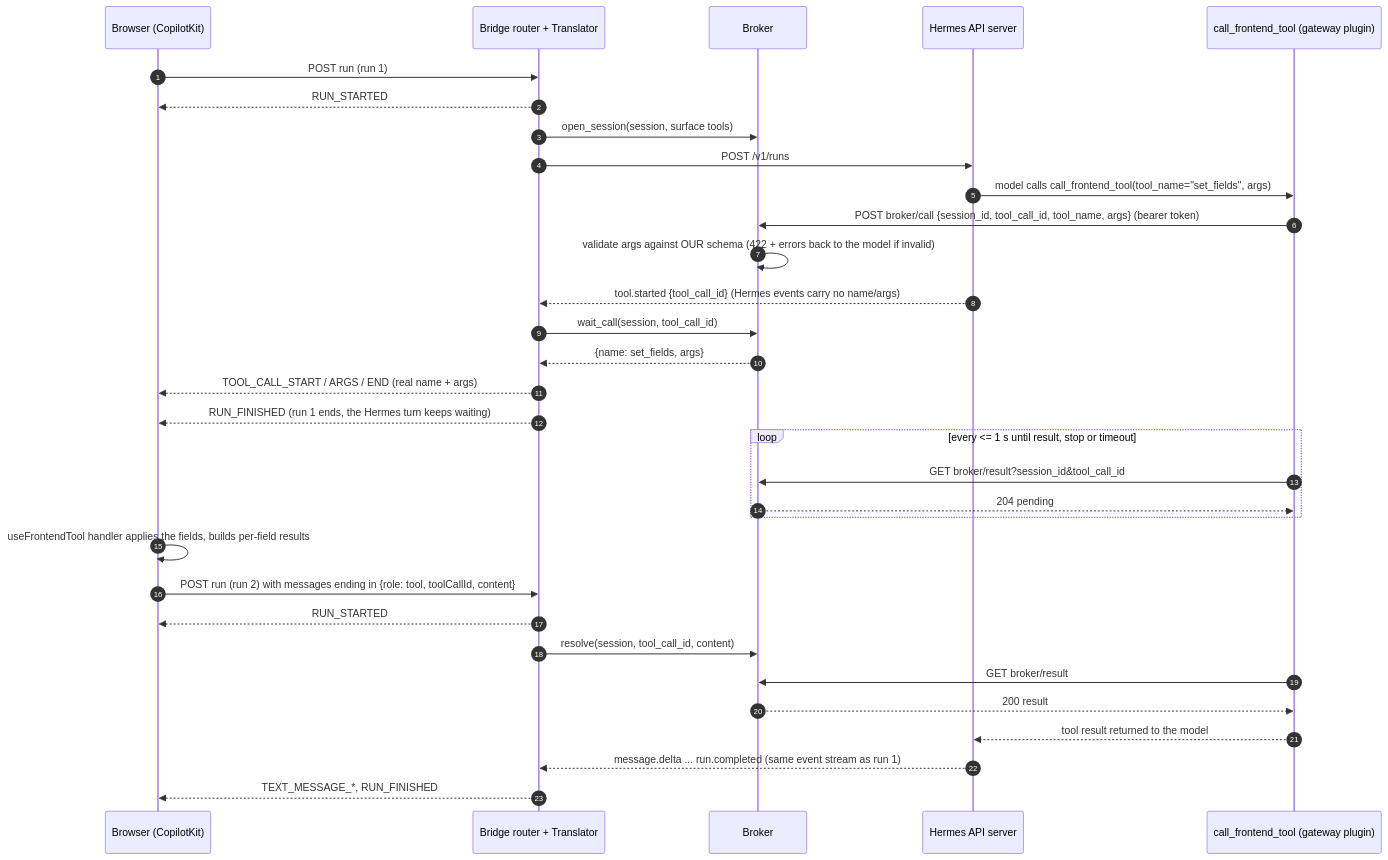
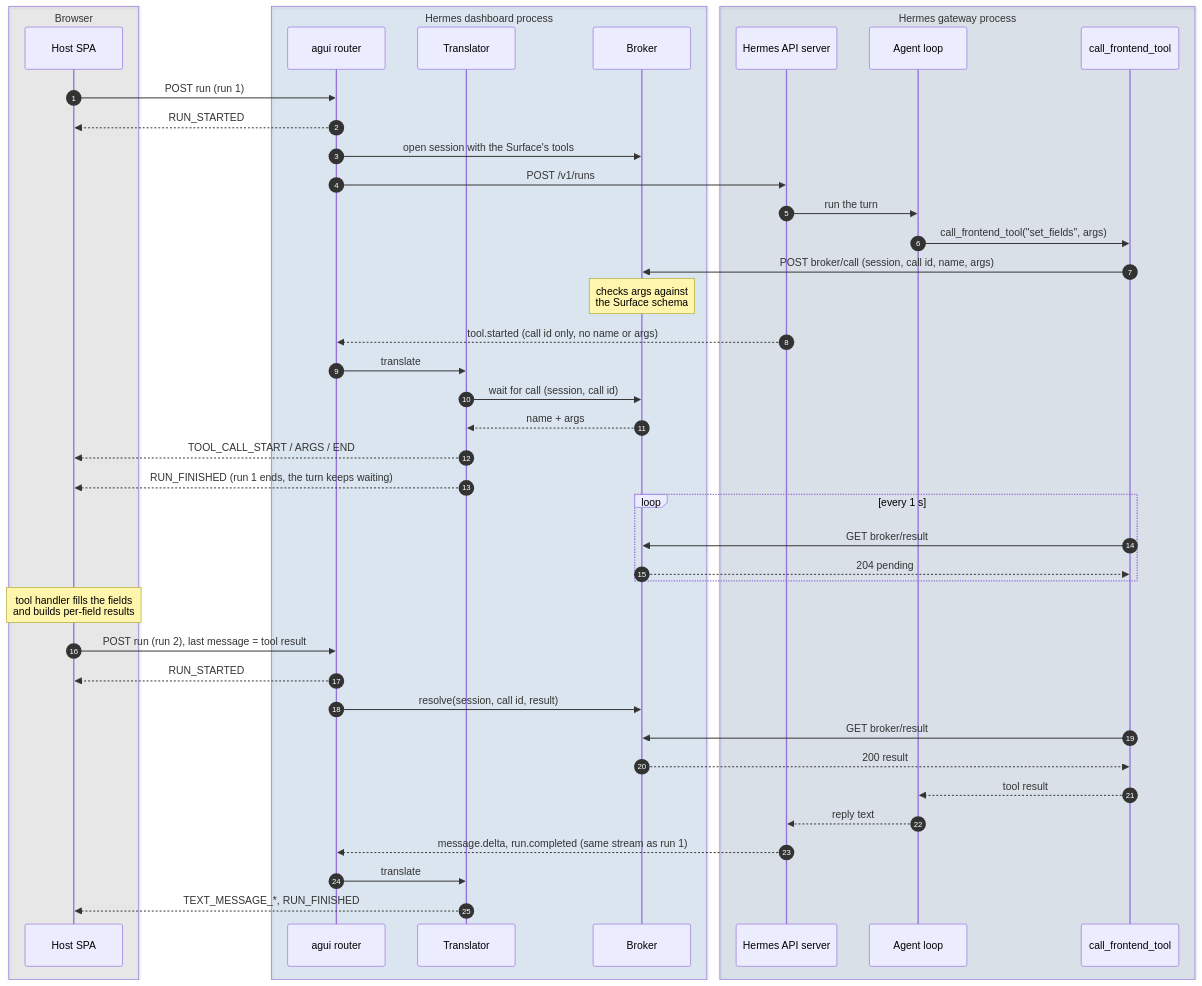
One commit to ejlevin1/hermes-agui changed the fifth of 9 diagrams in ARCHITECTURE.md. Above: the diagram before and after it, drawn with Mermaid. The commit also changed other lines of this file, not shown here.

Commit message:
docs: readable architecture diagrams (C4 as flowcharts with runtime kinds, consistent names, process boxes in sequences)

````diff
--- a/ARCHITECTURE.md
+++ b/ARCHITECTURE.md
@@ -152,35 +199,47 @@
 ```mermaid
 sequenceDiagram
   autonumber
-  participant B as Browser (CopilotKit)
-  participant R as Bridge router + Translator
-  participant K as Broker
-  participant H as Hermes API server
-  participant P as call_frontend_tool (gateway plugin)
+  box rgba(120,120,120,0.12) Browser
+    participant SPA as Host SPA
+  end
+  box rgba(17,104,189,0.12) Hermes dashboard process
+    participant RT as agui router
+    participant TR as Translator
+    participant BR as Broker
+  end
+  box rgba(8,66,123,0.12) Hermes gateway process
+    participant API as Hermes API server
+    participant AG as Agent loop
+    participant FT as call_frontend_tool
+  end
 
-  B->>R: POST run (run 1)
-  R-->>B: RUN_STARTED
-  R->>K: open_session(session, surface tools)
-  R->>H: POST /v1/runs
-  H->>P: model calls call_frontend_tool(tool_name="set_fields", args)
-  P->>K: POST broker/call {session_id, tool_call_id, tool_name, args} (bearer token)
-  K->>K: validate args against OUR schema (422 + errors back to the model if invalid)
-  H-->>R: tool.started {tool_call_id} (Hermes events carry no name/args)
-  R->>K: wait_call(session, tool_call_id)
-  K-->>R: {name: set_fields, args}
-  R-->>B: TOOL_CALL_START / ARGS / END (real name + args)
-  R-->>B: RUN_FINISHED (run 1 ends, the Hermes turn keeps waiting)
-  loop every <= 1 s until result, stop or timeout
-    P->>K: GET broker/result?session_id&tool_call_id
-    K-->>P: 204 pending
+  SPA->>RT: POST run (run 1)
+  RT-->>SPA: RUN_STARTED
+  RT->>BR: open session with the Surface's tools
+  RT->>API: POST /v1/runs
+  API->>AG: run the turn
+  AG->>FT: call_frontend_tool("set_fields", args)
+  FT->>BR: POST broker/call (session, call id, name, args)
+  Note over BR: checks args against<br/>the Surface schema
+  API-->>RT: tool.started (call id only, no name or args)
+  RT->>TR: translate
+  TR->>BR: wait for call (session, call id)
+  BR-->>TR: name + args
+  TR-->>SPA: TOOL_CALL_START / ARGS / END
+  TR-->>SPA: RUN_FINISHED (run 1 ends, the turn keeps waiting)
+  loop every 1 s
+    FT->>BR: GET broker/result
+    BR-->>FT: 204 pending
   end
-  B->>B: useFrontendTool handler applies the fields, builds per-field results
-  B->>R: POST run (run 2) with messages ending in {role: tool, toolCallId, content}
-  R-->>B: RUN_STARTED
-  R->>K: resolve(session, tool_call_id, content)
-  P->>K: GET broker/result
-  K-->>P: 200 result
-  P-->>H: tool result returned to the model
-  H-->>R: message.delta ... run.completed (same event stream as run 1)
-  R-->>B: TEXT_MESSAGE_*, RUN_FINISHED
+  Note over SPA: tool handler fills the fields<br/>and builds per-field results
+  SPA->>RT: POST run (run 2), last message = tool result
+  RT-->>SPA: RUN_STARTED
+  RT->>BR: resolve(session, call id, result)
+  FT->>BR: GET broker/result
+  BR-->>FT: 200 result
+  FT-->>AG: tool result
+  AG-->>API: reply text
+  API-->>RT: message.delta, run.completed (same stream as run 1)
+  RT->>TR: translate
+  TR-->>SPA: TEXT_MESSAGE_*, RUN_FINISHED
 ```
````
